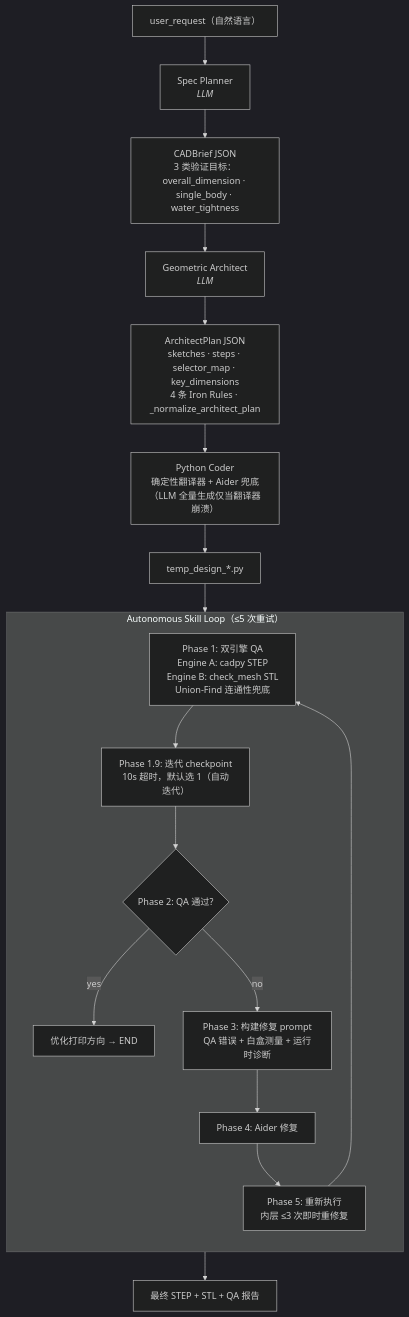
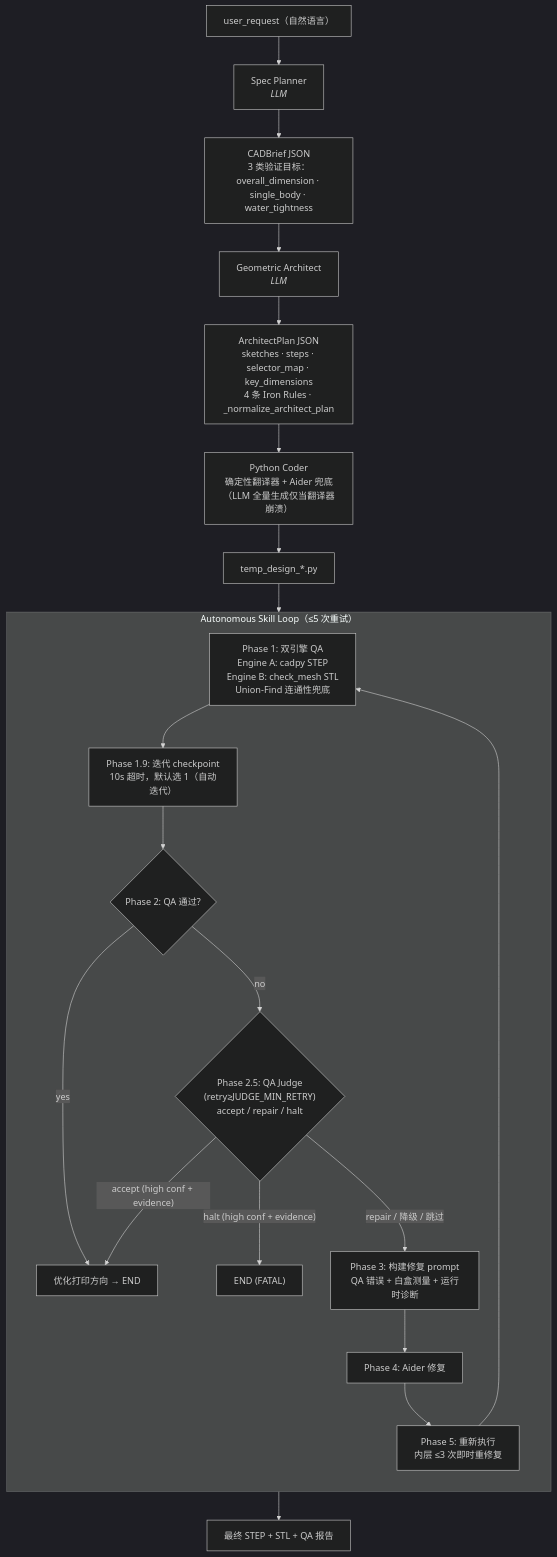
The second of 2 diagrams in multi_agent_cad/WORKFLOW.md (Pan-Chera/Multi-Agent-CAD), drawn with Mermaid (dark theme) before and after one commit. The commit also changed other lines of this file and 12 other files, not shown here.

````diff
--- a/multi_agent_cad/WORKFLOW.md
+++ b/multi_agent_cad/WORKFLOW.md
@@ -68,26 +68,30 @@
 ```mermaid
 flowchart TD
     A["user_request（自然语言）"] --> B["Spec Planner<br/><i>LLM</i>"]
     B --> C["CADBrief JSON<br/>3 类验证目标：overall_dimension · single_body · water_tightness"]
     C --> D["Geometric Architect<br/><i>LLM</i>"]
     D --> E["ArchitectPlan JSON<br/>sketches · steps · selector_map · key_dimensions<br/>4 条 Iron Rules · _normalize_architect_plan"]
     E --> F["Python Coder<br/>确定性翻译器 + Aider 兜底<br/>（LLM 全量生成仅当翻译器崩溃）"]
     F --> G["temp_design_*.py"]
     G --> H
 
     subgraph H["Autonomous Skill Loop（≤5 次重试）"]
         direction TB
         P1["Phase 1: 双引擎 QA<br/>Engine A: cadpy STEP<br/>Engine B: check_mesh STL<br/>Union-Find 连通性兜底"]
         P1_9["Phase 1.9: 迭代 checkpoint<br/>10s 超时，默认选 1（自动迭代）"]
         P2{"Phase 2: QA 通过?"}
+        P2_5{"Phase 2.5: QA Judge<br/>(retry≥JUDGE_MIN_RETRY)<br/>accept / repair / halt"}
         P3["Phase 3: 构建修复 prompt<br/>QA 错误 + 白盒测量 + 运行时诊断"]
         P4["Phase 4: Aider 修复"]
         P5["Phase 5: 重新执行<br/>内层 ≤3 次即时重修复"]
 
         P1 --> P1_9 --> P2
         P2 -- yes --> R["优化打印方向 → END"]
-        P2 -- no --> P3 --> P4 --> P5 --> P1
+        P2 -- no --> P2_5
+        P2_5 -- accept (high conf + evidence) --> R
+        P2_5 -- halt (high conf + evidence) --> END_F["END (FATAL)"]
+        P2_5 -- repair / 降级 / 跳过 --> P3 --> P4 --> P5 --> P1
     end
 
     R --> Z["最终 STEP + STL + QA 报告"]
 ```
````
